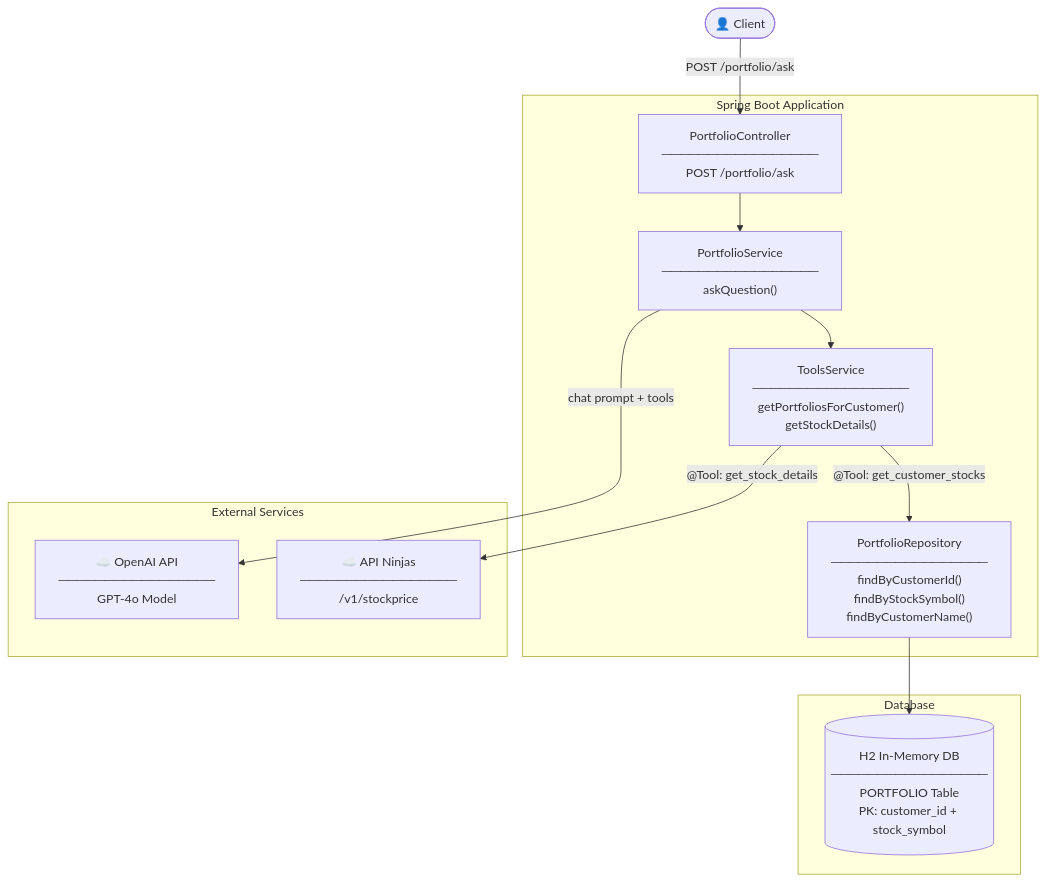
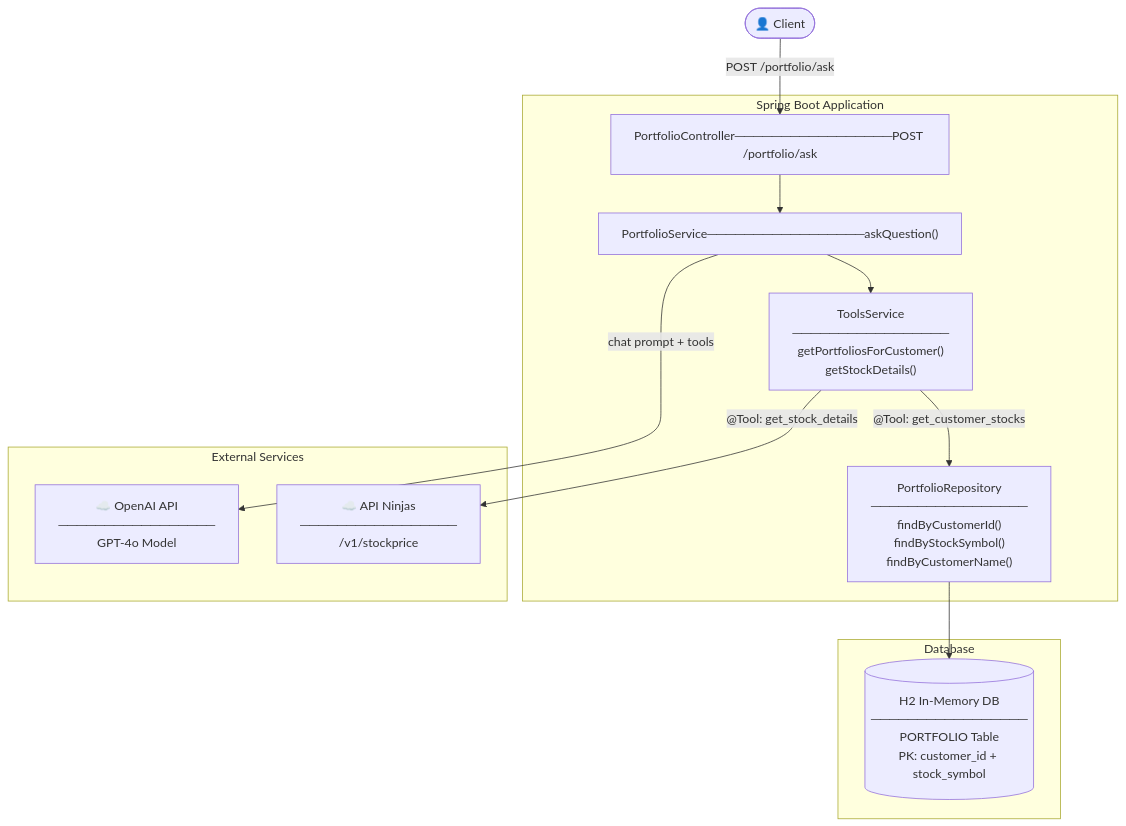
Before and after one commit to n-kishore1983/my-stock-portfolio: the first of 5 diagrams in README.md, drawn with Mermaid. The commit also changed 1 other file, not shown here.

Commit message:
Read me file

````diff
--- a/README.md
+++ b/README.md
@@ -10,28 +10,28 @@
 ```mermaid
 graph TD
     Client(["👤 Client"])
 
     subgraph Spring Boot Application
-        PC["PortfolioController\n─────────────────\nPOST /portfolio/ask"]
-        PS["PortfolioService\n─────────────────\naskQuestion()"]
+        PC["PortfolioController─────────────────POST /portfolio/ask"]
+        PS["PortfolioService─────────────────askQuestion()"]
         TS["ToolsService\n─────────────────\ngetPortfoliosForCustomer()\ngetStockDetails()"]
         PR["PortfolioRepository\n─────────────────\nfindByCustomerId()\nfindByStockSymbol()\nfindByCustomerName()"]
     end
 
     subgraph Database
         H2[("H2 In-Memory DB\n─────────────────\nPORTFOLIO Table\nPK: customer_id + stock_symbol")]
     end
 
     subgraph External Services
         OAI["☁️ OpenAI API\n─────────────────\nGPT-4o Model"]
         AN["☁️ API Ninjas\n─────────────────\n/v1/stockprice"]
     end
 
     Client -->|"POST /portfolio/ask"| PC
     PC --> PS
     PS -->|"chat prompt + tools"| OAI
     PS --> TS
     TS -->|"@Tool: get_customer_stocks"| PR
     TS -->|"@Tool: get_stock_details"| AN
     PR --> H2
 ```
````
